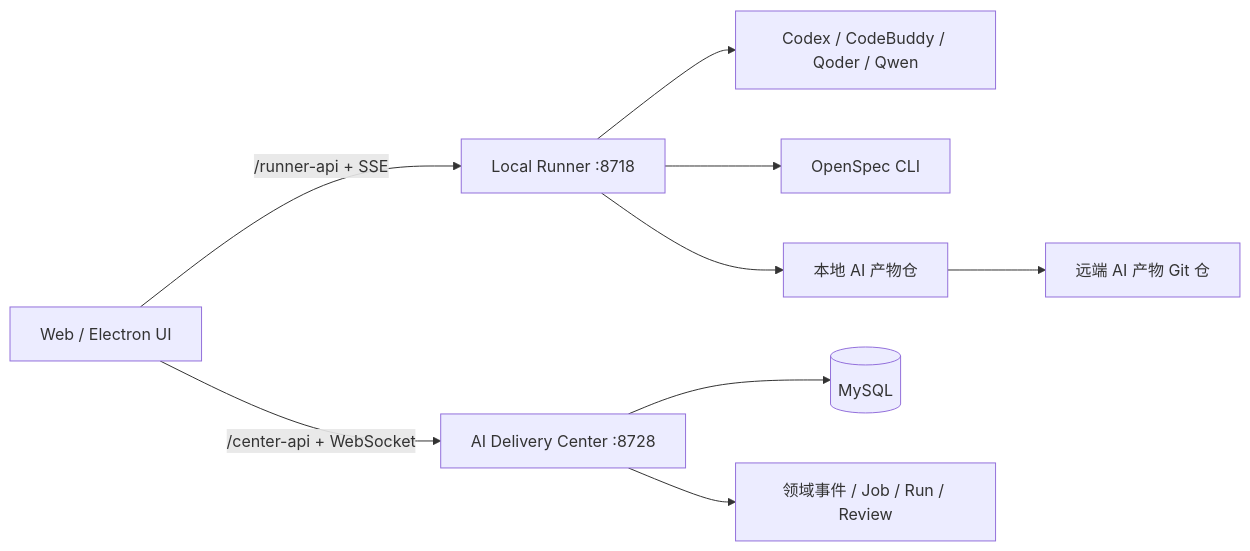
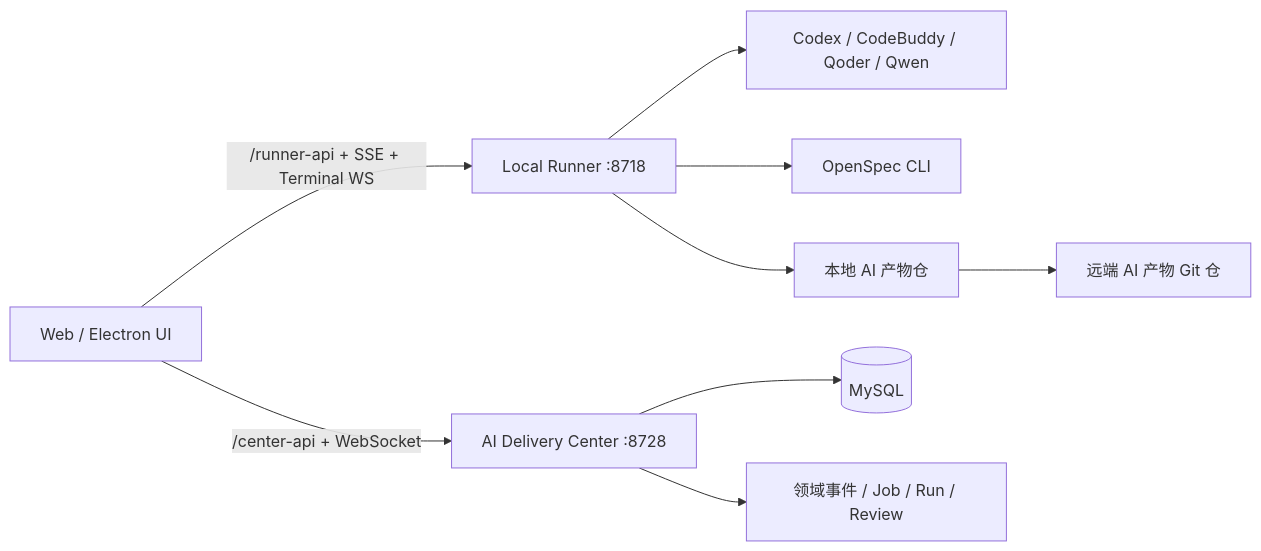
The diagram in tools/ai-delivery-console/README.md (KeyLin-Da/ai-coding), drawn with Mermaid before and after one commit. The commit also changed other lines of this file and 21 other files, not shown here.

````diff
--- a/tools/ai-delivery-console/README.md
+++ b/tools/ai-delivery-console/README.md
@@ -14,11 +14,11 @@
 ```mermaid
 flowchart LR
   Browser[Web / Electron UI] -->|/center-api + WebSocket| Center[AI Delivery Center :8728]
-  Browser -->|/runner-api + SSE| Runner[Local Runner :8718]
+  Browser -->|/runner-api + SSE + Terminal WS| Runner[Local Runner :8718]
   Runner --> Agent[Codex / CodeBuddy / Qoder / Qwen]
   Runner --> OpenSpec[OpenSpec CLI]
   Runner --> LocalRepo[本地 AI 产物仓]
   Center --> Database[(MySQL)]
   Center --> Events[领域事件 / Job / Run / Review]
   LocalRepo --> RemoteRepo[远端 AI 产物 Git 仓]
 ```
````
